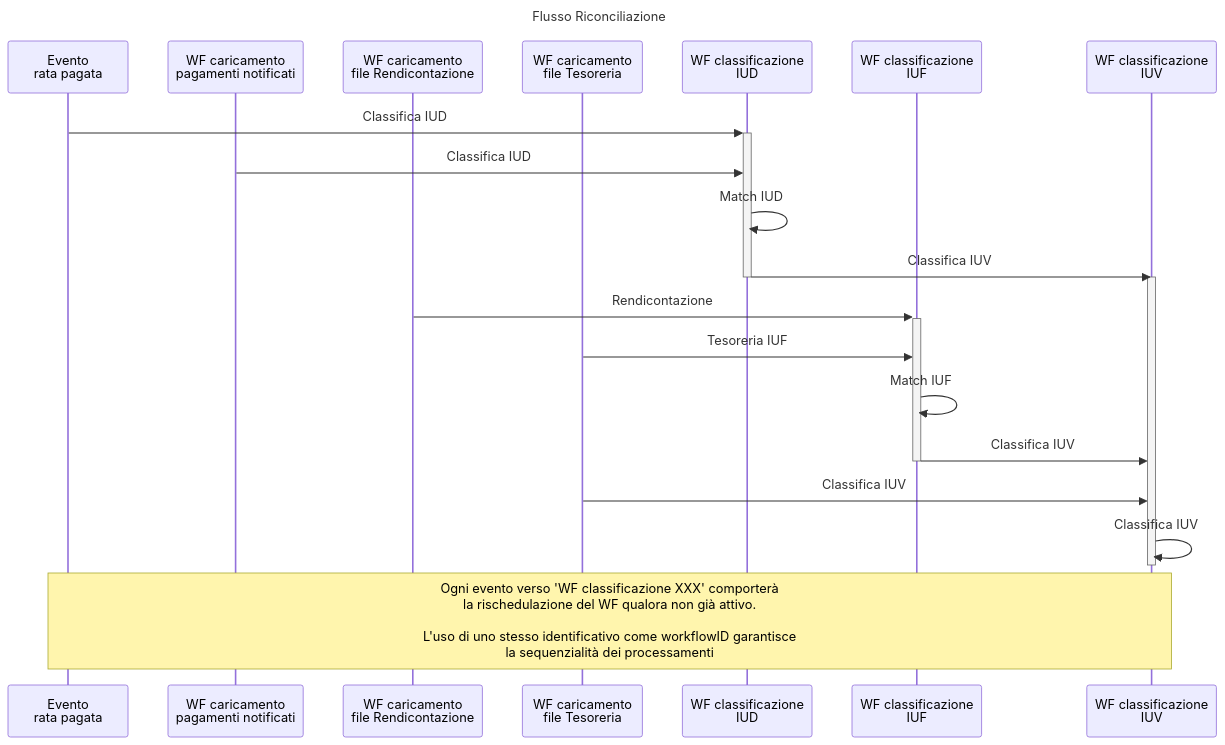
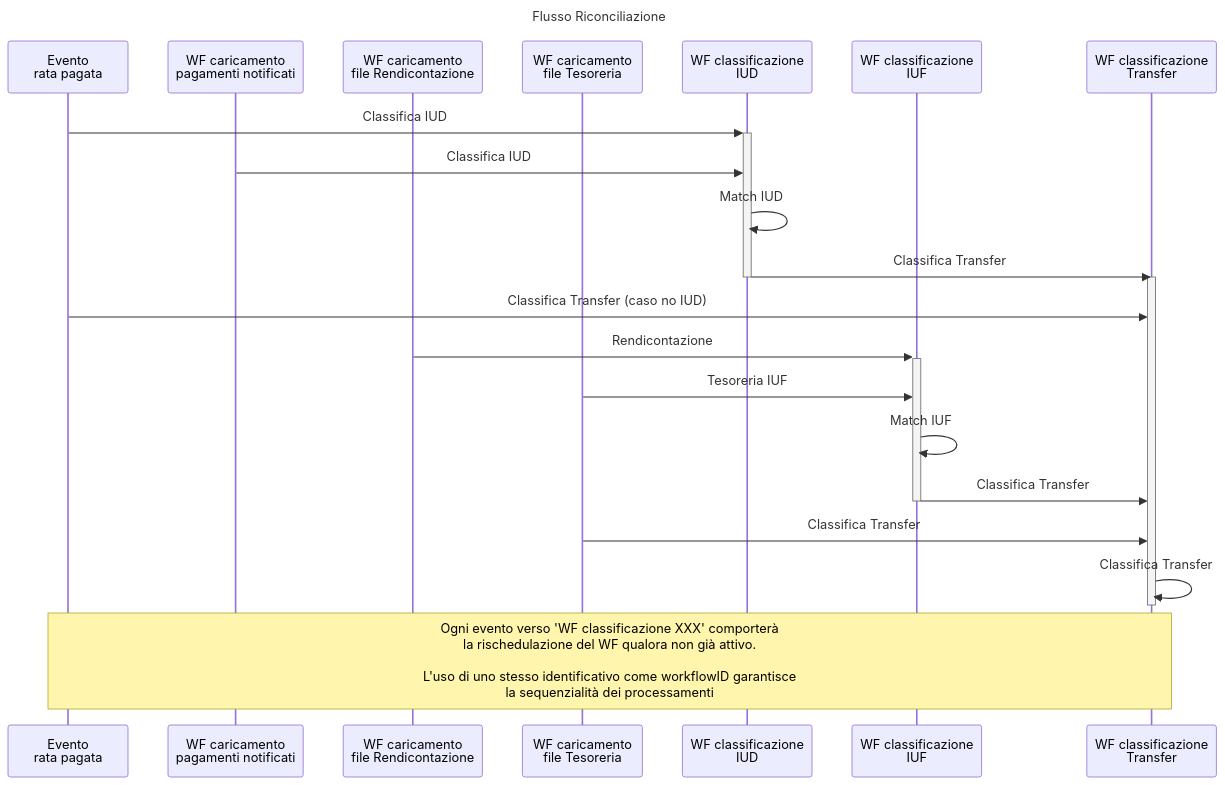
The diagram in design/workflow/classificazioneIncassi/05.seq_classificazione.mmd (pagopa/p4pa-doc), drawn with Mermaid before and after one commit. The commit also changed 20 other files, not shown here.

Commit message:
fix classification sequencing by orgId+IUV+IUR+transferIndex

```diff
--- a/design/workflow/classificazioneIncassi/05.seq_classificazione.mmd
+++ b/design/workflow/classificazioneIncassi/05.seq_classificazione.mmd
@@ -1,27 +1,30 @@
 ---
 title: Flusso Riconciliazione
 ---
+%%{init:{'themeCSS':'.messageLine0:nth-of-type(8) { stroke: red; };.messageText:nth-of-type(10) { fill: red;};'}}%%
+
 sequenceDiagram
     participant EV_RT as Evento<BR />rata pagata
     participant WF_RN as WF caricamento<BR />pagamenti notificati
     participant WF_R as WF caricamento<BR />file Rendicontazione
     participant WF_T as WF caricamento<BR />file Tesoreria
     participant WF_CLS_IUD as WF classificazione<BR />IUD
     participant WF_CLS_IUF as WF classificazione<BR />IUF
-    participant WF_CLS_IUV as WF classificazione<BR />IUV
+    participant WF_CLS_IUV as WF classificazione<BR />Transfer
 
     EV_RT ->>+ WF_CLS_IUD: Classifica IUD
     WF_RN ->> WF_CLS_IUD: Classifica IUD
     WF_CLS_IUD ->> WF_CLS_IUD: Match IUD
-    WF_CLS_IUD ->>- WF_CLS_IUV: Classifica IUV
+    WF_CLS_IUD ->>- WF_CLS_IUV: Classifica Transfer
     activate WF_CLS_IUV
+    EV_RT ->> WF_CLS_IUV: Classifica Transfer (caso no IUD)
 
     WF_R ->>+ WF_CLS_IUF: Rendicontazione
     WF_T ->> WF_CLS_IUF: Tesoreria IUF
     WF_CLS_IUF ->> WF_CLS_IUF: Match IUF
-    WF_CLS_IUF ->>- WF_CLS_IUV: Classifica IUV
+    WF_CLS_IUF ->>- WF_CLS_IUV: Classifica Transfer
 
-    WF_T ->> WF_CLS_IUV: Classifica IUV
-    WF_CLS_IUV ->>- WF_CLS_IUV: Classifica IUV
+    WF_T ->> WF_CLS_IUV: Classifica Transfer
+    WF_CLS_IUV ->>- WF_CLS_IUV: Classifica Transfer
 
     note over EV_RT,WF_CLS_IUV: Ogni evento verso 'WF classificazione XXX' comporterà<BR />la rischedulazione del WF qualora non già attivo.<BR/><BR/>L'uso di uno stesso identificativo come workflowID garantisce<BR />la sequenzialità dei processamenti
```
